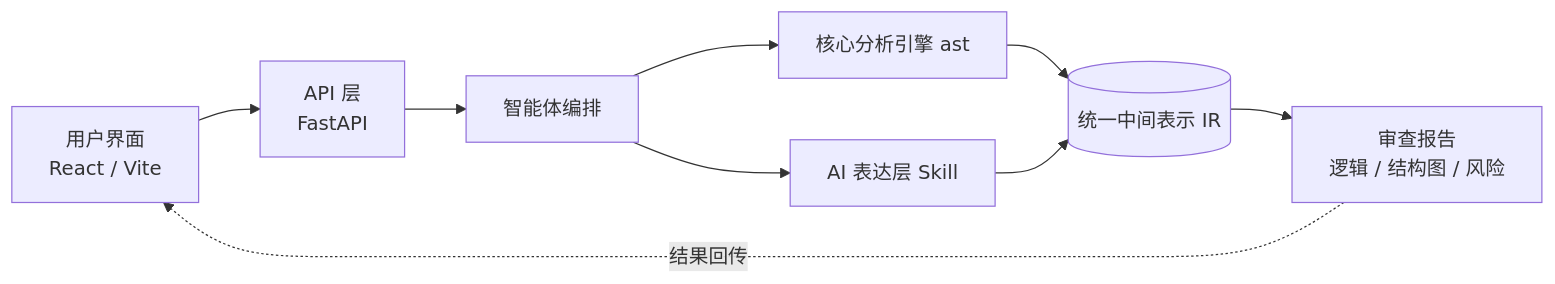
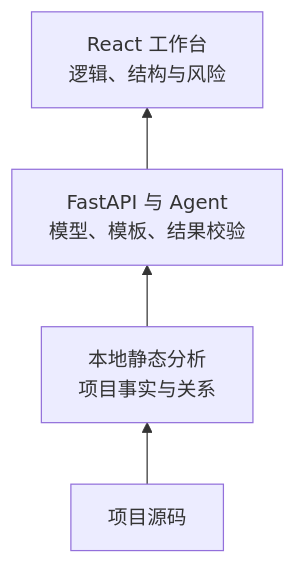
The first of 3 diagrams in docs/slides/slides.md (kane0204/CodeLens), drawn with Mermaid before and after one commit. The commit also changed other lines of this file and 14 other files, not shown here.

````diff
--- a/docs/slides/slides.md
+++ b/docs/slides/slides.md
@@ -117,11 +136,6 @@
 ```mermaid
-flowchart LR
-    U["用户界面<br/>React / Vite"] --> API["API 层<br/>FastAPI"]
-    API --> RUN[智能体编排]
-    RUN --> CORE[核心分析引擎 ast]
-    RUN --> AI[AI 表达层 Skill]
-    CORE --> IR[("统一中间表示 IR")]
-    AI --> IR
-    IR --> OUT[审查报告<br/>逻辑 / 结构图 / 风险]
-    OUT -.结果回传.-> U
+flowchart BT
+    A["项目源码"] --> B["本地静态分析<br/>项目事实与关系"]
+    B --> C["FastAPI 与 Agent<br/>模型、模板、结果校验"]
+    C --> D["React 工作台<br/>逻辑、结构与风险"]
 ```
````
